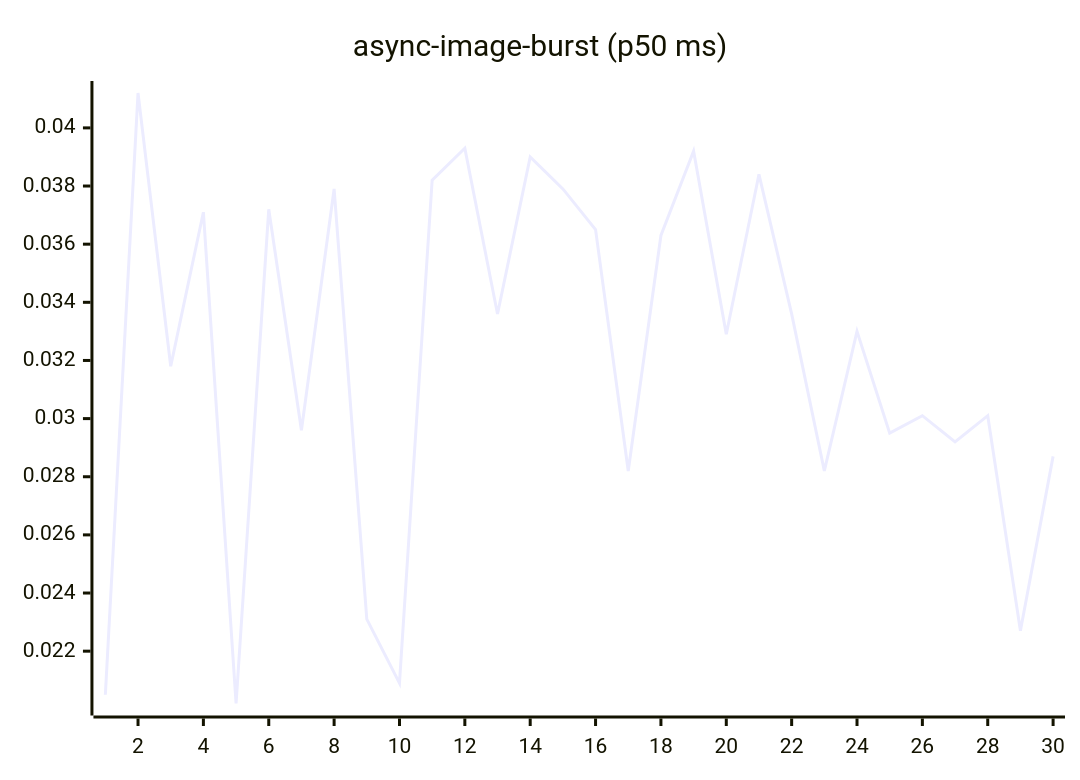
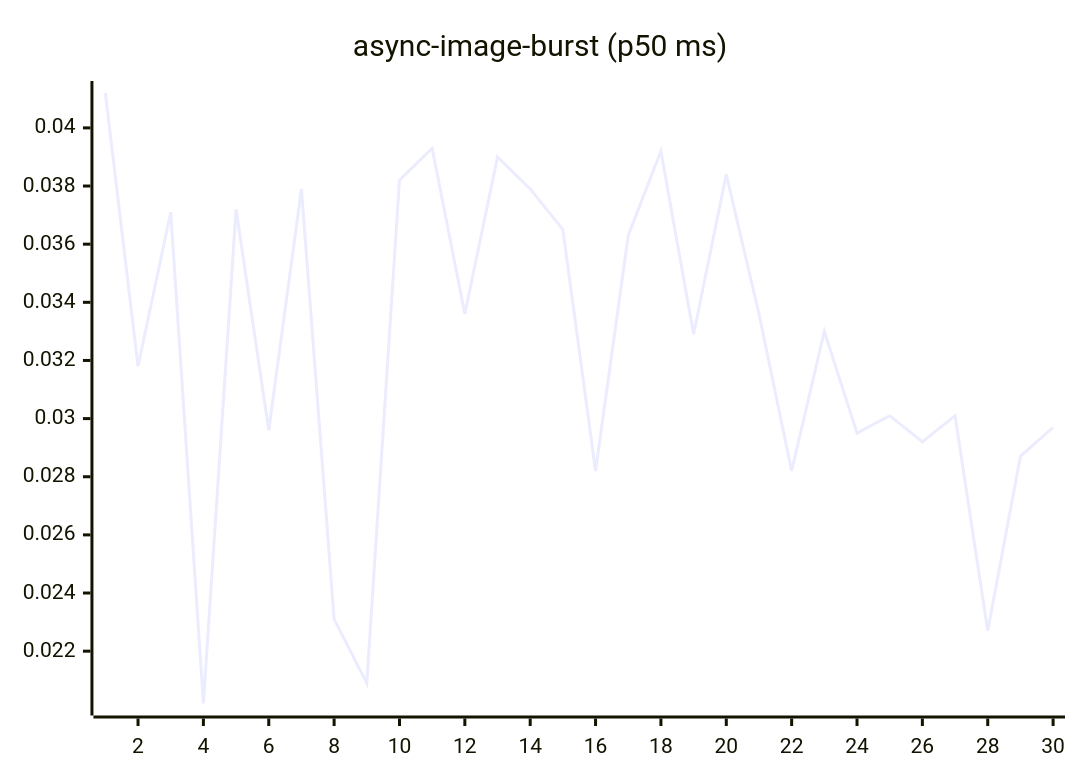
Before and after one commit to josha/Facet: the fourth of 27 diagrams in README.md, drawn with Mermaid. The commit also changed other lines of this file and 2 other files, not shown here.

````diff
--- a/README.md
+++ b/README.md
@@ -84,6 +84,6 @@
 ```mermaid
 xychart-beta
     title "async-image-burst (p50 ms)"
     x-axis 1 --> 30
-    line [0.0205, 0.0412, 0.0318, 0.0371, 0.0202, 0.0372, 0.0296, 0.0379, 0.0231, 0.0209, 0.0382, 0.0393, 0.0336, 0.0390, 0.0379, 0.0365, 0.0282, 0.0363, 0.0392, 0.0329, 0.0384, 0.0336, 0.0282, 0.0330, 0.0295, 0.0301, 0.0292, 0.0301, 0.0227, 0.0287]
+    line [0.0412, 0.0318, 0.0371, 0.0202, 0.0372, 0.0296, 0.0379, 0.0231, 0.0209, 0.0382, 0.0393, 0.0336, 0.0390, 0.0379, 0.0365, 0.0282, 0.0363, 0.0392, 0.0329, 0.0384, 0.0336, 0.0282, 0.0330, 0.0295, 0.0301, 0.0292, 0.0301, 0.0227, 0.0287, 0.0297]
 ```
````
